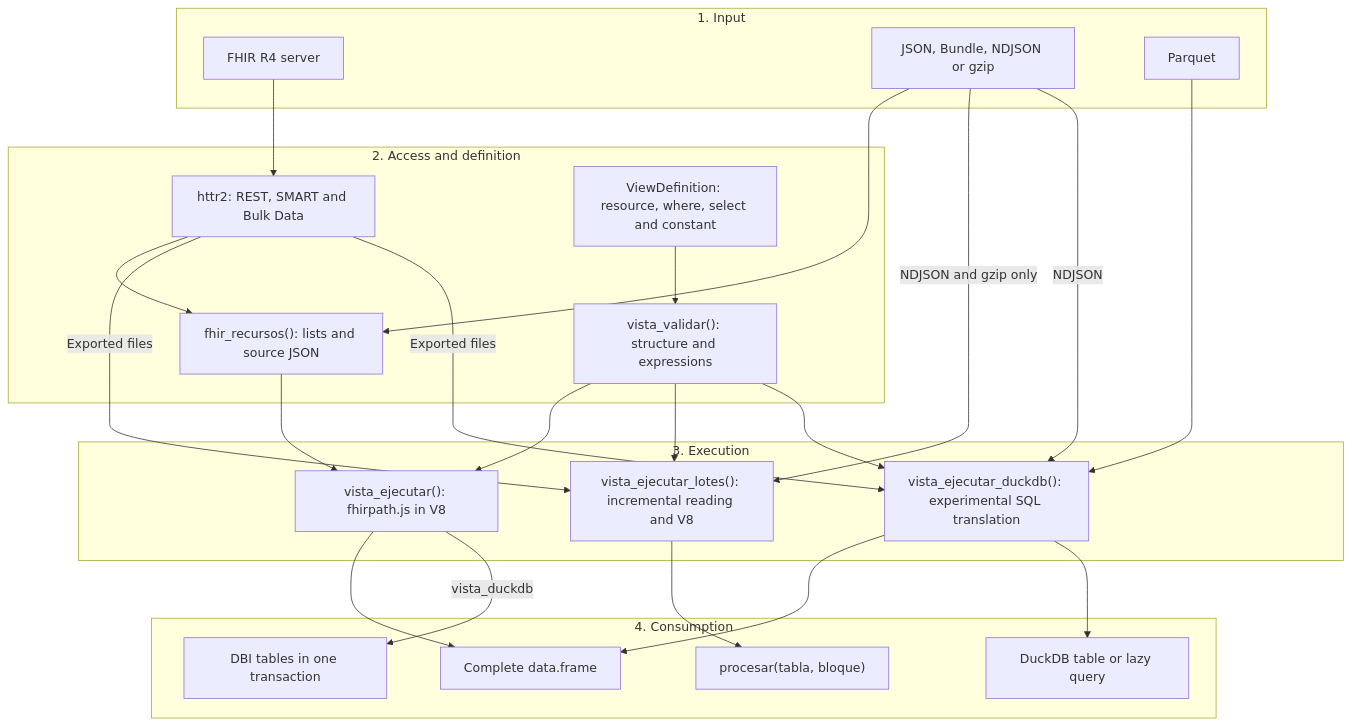
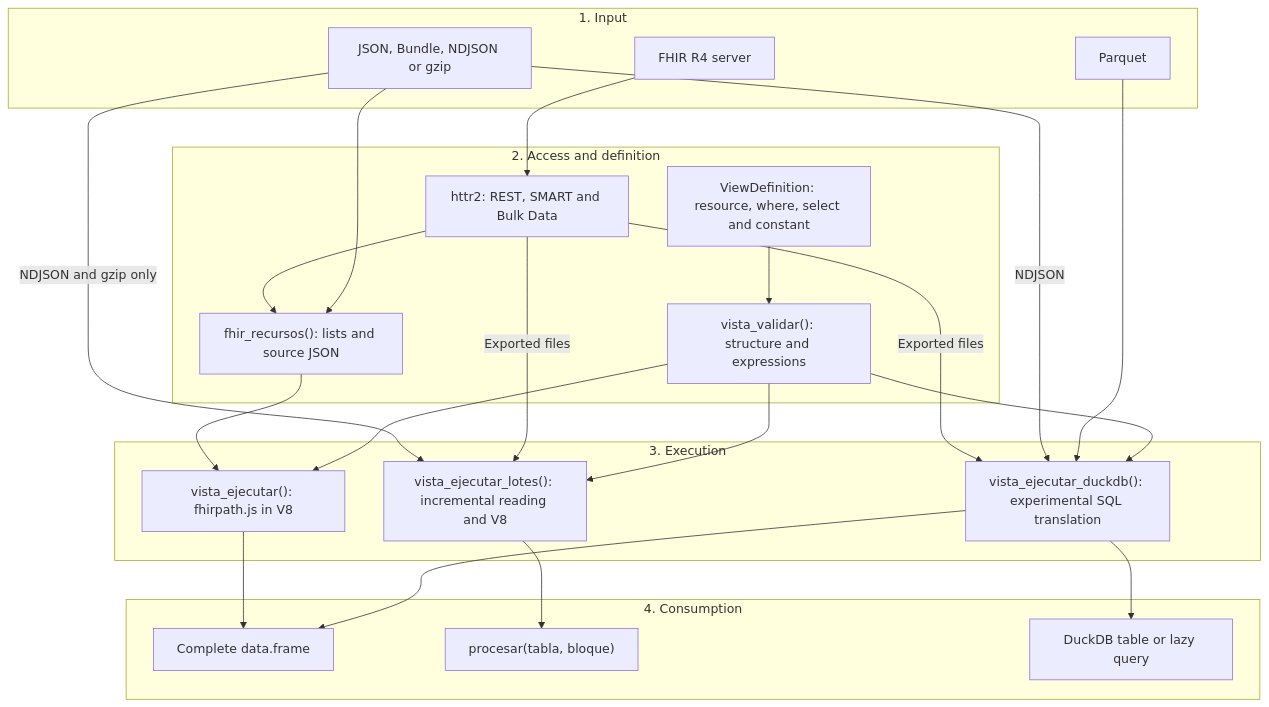
One commit to f-slg/fhirviews changed the second of 9 diagrams in README.en.md. Above: the diagram before and after it, drawn with Mermaid. The commit also changed other lines of this file and 75 other files, not shown here.

````diff
--- a/README.en.md
+++ b/README.en.md
@@ -255,39 +229,37 @@
 ``` mermaid
 flowchart TB
     subgraph EN["1. Input"]
         REST["FHIR R4 server"]
         FILE["JSON, Bundle, NDJSON or gzip"]
         PAR["Parquet"]
     end
     subgraph AC["2. Access and definition"]
         HTTP["httr2: REST, SMART and Bulk Data"]
         RES["fhir_recursos(): lists and source JSON"]
         VIEW["ViewDefinition: resource, where, select and constant"]
         VALID["vista_validar(): structure and expressions"]
     end
     subgraph EX["3. Execution"]
         V8["vista_ejecutar(): fhirpath.js in V8"]
         LOT["vista_ejecutar_lotes(): incremental reading and V8"]
         SQL["vista_ejecutar_duckdb(): experimental SQL translation"]
     end
     subgraph OUT["4. Consumption"]
         DF["Complete data.frame"]
         CB["procesar(tabla, bloque)"]
         DB["DuckDB table or lazy query"]
-        DBI["DBI tables in one transaction"]
     end
     REST --> HTTP --> RES
     FILE --> RES --> V8 --> DF
     FILE -->|"NDJSON and gzip only"| LOT --> CB
     HTTP -->|"Exported files"| LOT
     HTTP -->|"Exported files"| SQL
     FILE -->|"NDJSON"| SQL
     PAR --> SQL
     VIEW --> VALID
     VALID --> V8
     VALID --> LOT
     VALID --> SQL
     SQL --> DF
     SQL --> DB
-    V8 -->|"vista_duckdb"| DBI
 ```
````
